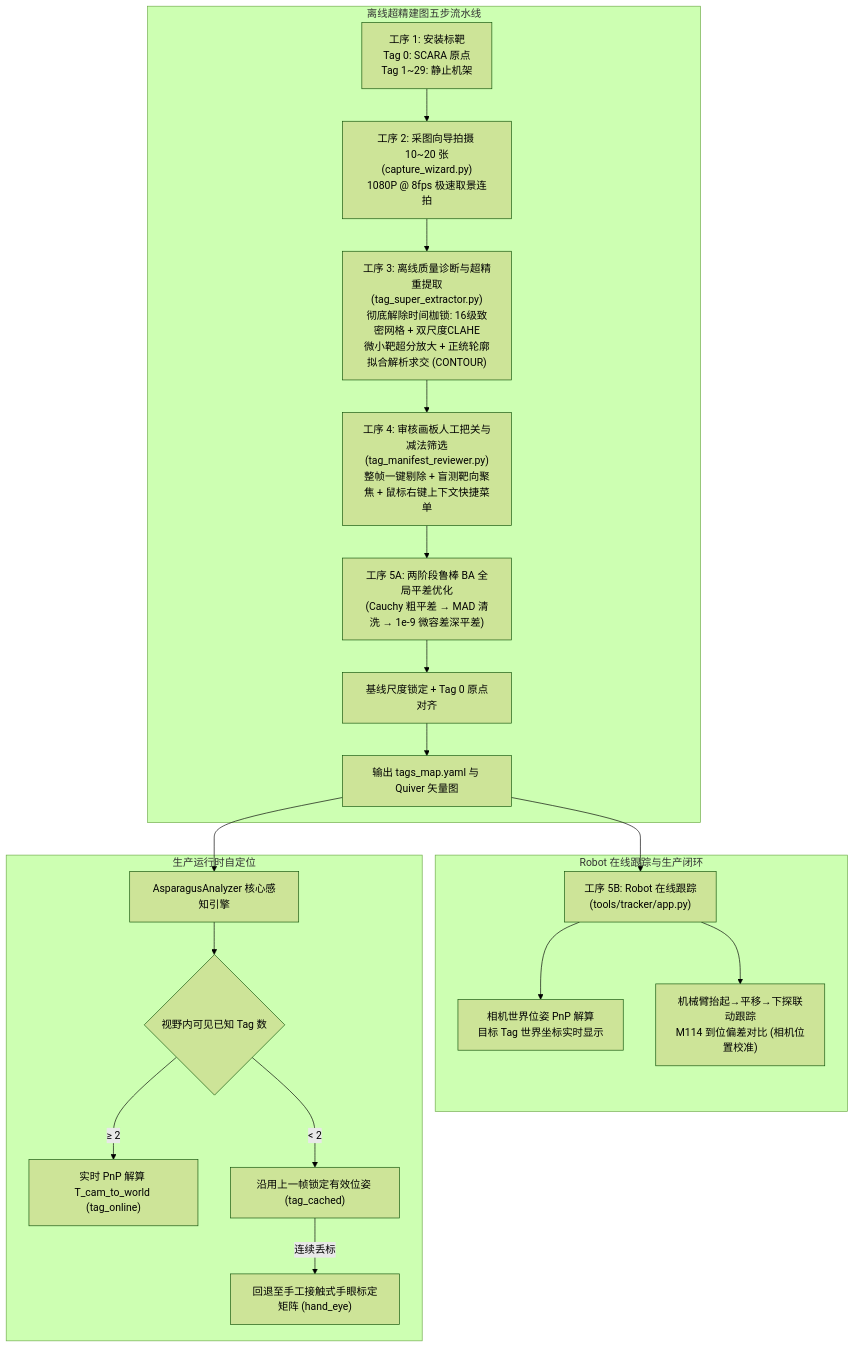
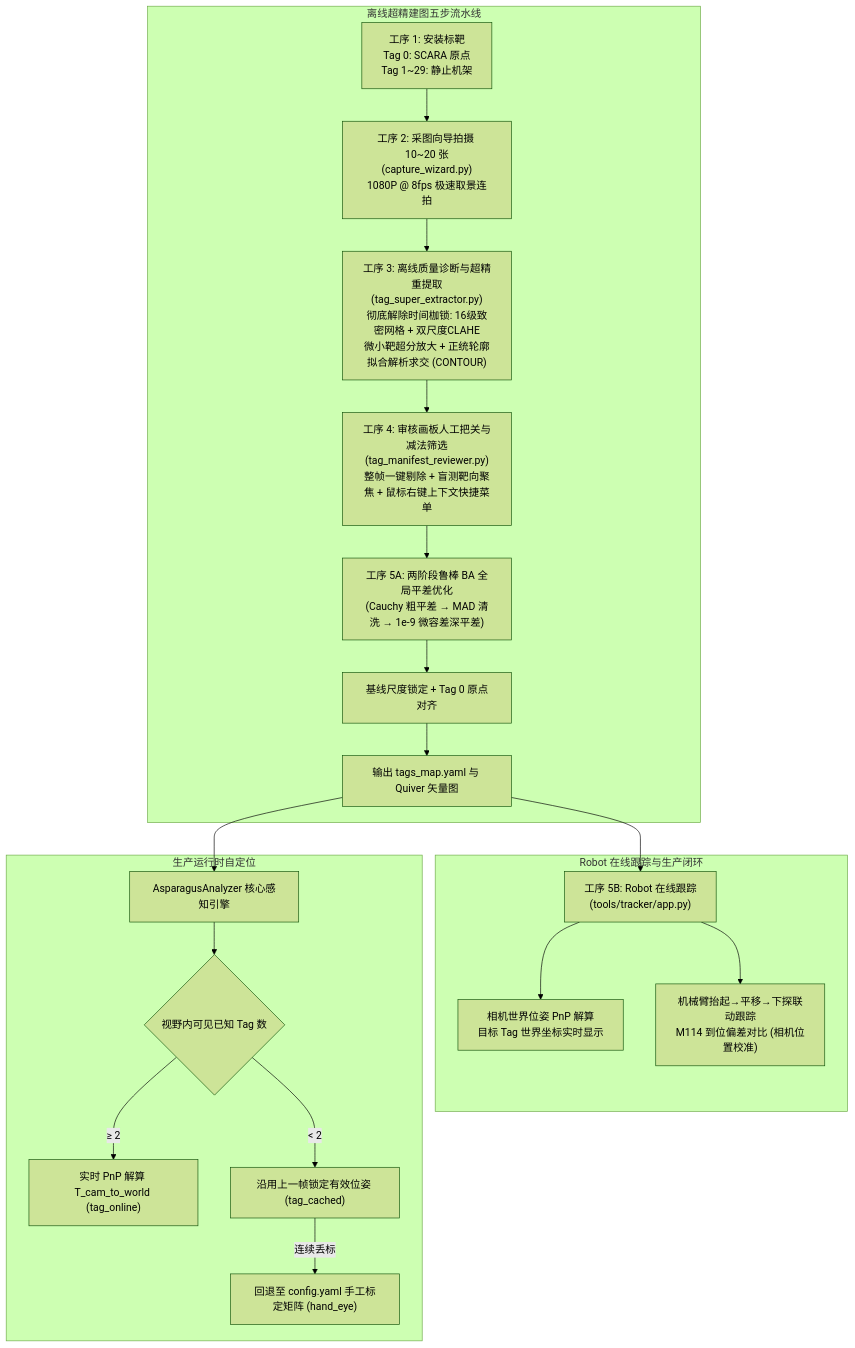
The diagram in docs/apriltag_calibration.md (voicevon/flux_vision_3d), drawn with Mermaid (forest theme) before and after one commit. The commit also changed other lines of this file and 23 other files, not shown here.

````diff
--- a/docs/apriltag_calibration.md
+++ b/docs/apriltag_calibration.md
@@ -103,25 +103,25 @@
 ```mermaid
 graph TD
     subgraph 离线超精建图五步流水线
         A["工序 1: 安装标靶<br>Tag 0: SCARA 原点<br>Tag 1~29: 静止机架"] --> B["工序 2: 采图向导拍摄 10~20 张<br>(capture_wizard.py)<br>1080P @ 8fps 极速取景连拍"]
         B --> C["工序 3: 离线质量诊断与超精重提取<br>(tag_super_extractor.py)<br>彻底解除时间枷锁: 16级致密网格 + 双尺度CLAHE<br>微小靶超分放大 + 正统轮廓拟合解析求交 (CONTOUR)"]
         C --> D["工序 4: 审核画板人工把关与减法筛选<br>(tag_manifest_reviewer.py)<br>整帧一键剔除 + 盲测靶向聚焦 + 鼠标右键上下文快捷菜单"]
         D --> E["工序 5A: 两阶段鲁棒 BA 全局平差优化<br>(Cauchy 粗平差 → MAD 清洗 → 1e-9 微容差深平差)"]
         E --> F["基线尺度锁定 + Tag 0 原点对齐"]
         F --> G["输出 tags_map.yaml 与 Quiver 矢量图"]
     end
 
     subgraph Robot 在线跟踪与生产闭环
         G --> H["工序 5B: Robot 在线跟踪<br>(tools/tracker/app.py)"]
         H --> I["相机世界位姿 PnP 解算<br>目标 Tag 世界坐标实时显示"]
         H --> J["机械臂抬起→平移→下探联动跟踪<br>M114 到位偏差对比 (相机位置校准)"]
     end
 
     subgraph 生产运行时自定位
         G --> M["AsparagusAnalyzer 核心感知引擎"]
         M --> N{"视野内可见已知 Tag 数"}
         N -- "≥ 2" --> O["实时 PnP 解算 T_cam_to_world (tag_online)"]
         N -- "< 2" --> P["沿用上一帧锁定有效位姿 (tag_cached)"]
-        P -- "连续丢标" --> Q["回退至手工接触式手眼标定矩阵 (hand_eye)"]
+        P -- "连续丢标" --> Q["回退至 config.yaml 手工标定矩阵 (hand_eye)"]
     end
 ```
````
